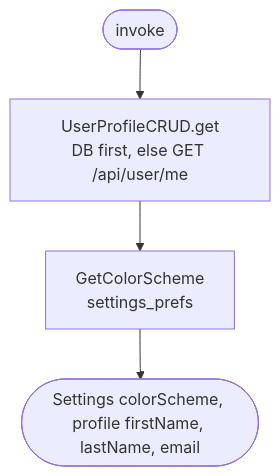
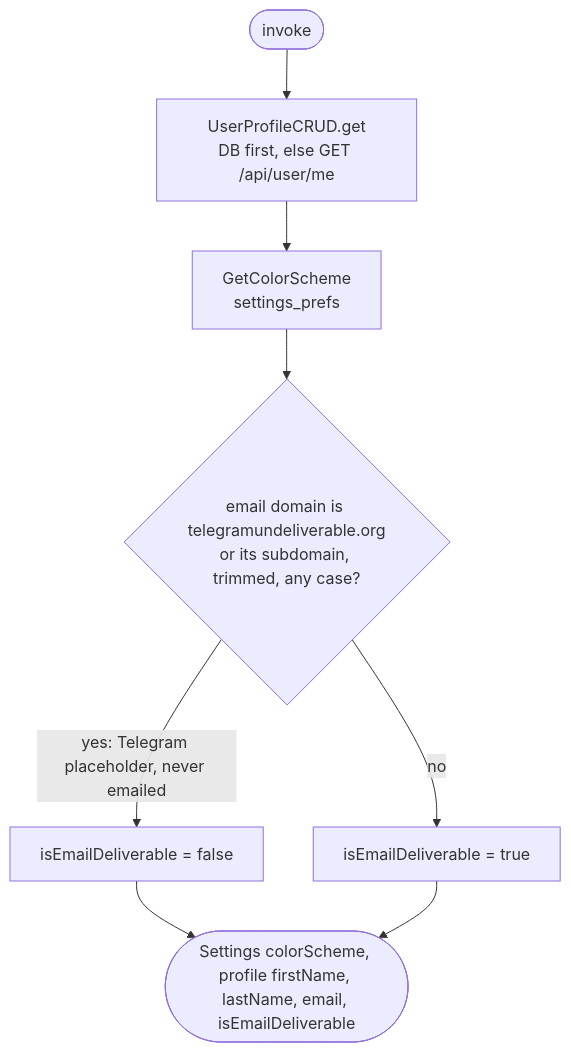
One commit to nocturneproperties/bookkme-client changed the diagram in docs/operations/settings/get-settings.md. Above: the diagram before and after it, drawn with Mermaid. The commit also changed other lines of this file and 7 other files, not shown here.

Commit message:
[ISSUE-191] hide email if it is a placeholder for telegram user

````diff
--- a/docs/operations/settings/get-settings.md
+++ b/docs/operations/settings/get-settings.md
@@ -7,6 +7,10 @@
 ```mermaid
 flowchart TD
     Start([invoke]) --> P[UserProfileCRUD.get<br/>DB first, else GET /api/user/me]
     P --> C[GetColorScheme<br/>settings_prefs]
-    C --> R([Settings colorScheme, profile firstName, lastName, email])
+    C --> D{email domain is telegramundeliverable.org<br/>or its subdomain, trimmed, any case?}
+    D -->|yes: Telegram placeholder, never emailed| U[isEmailDeliverable = false]
+    D -->|no| V[isEmailDeliverable = true]
+    U --> R([Settings colorScheme, profile firstName, lastName, email, isEmailDeliverable])
+    V --> R
 ```
````
